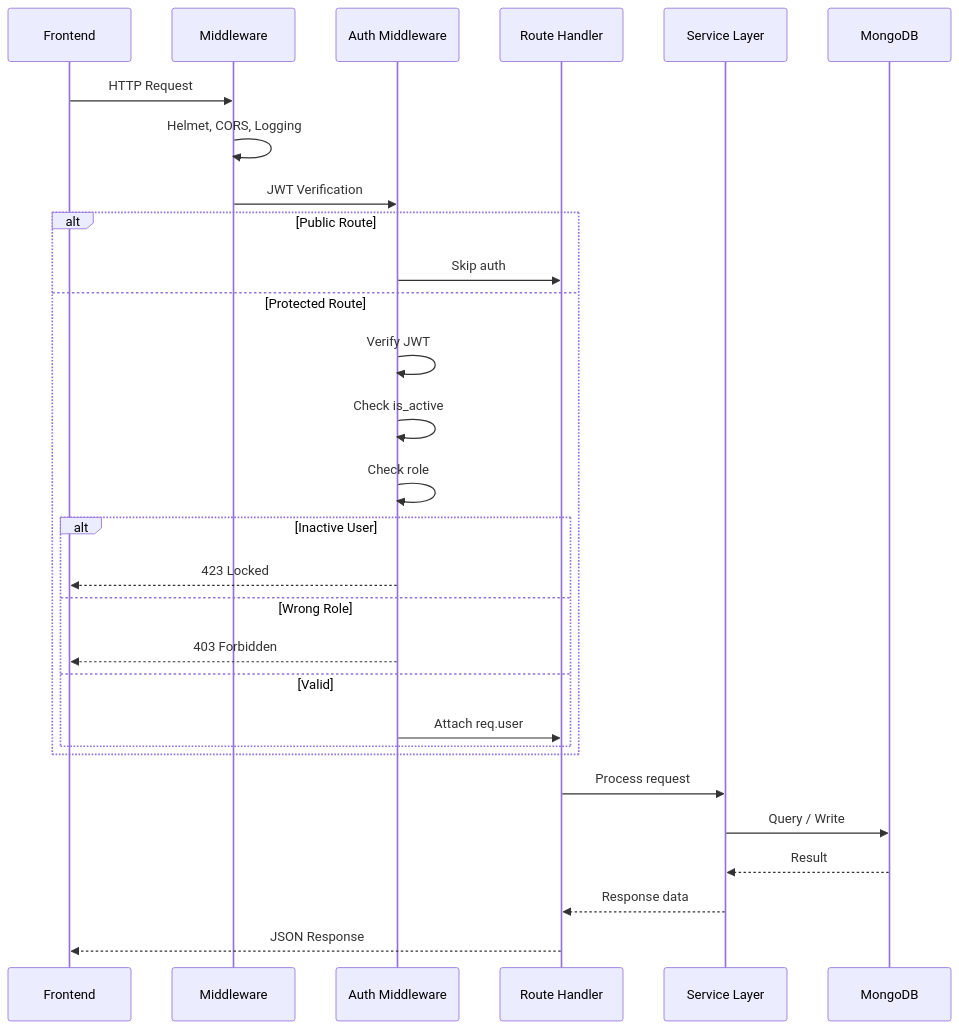
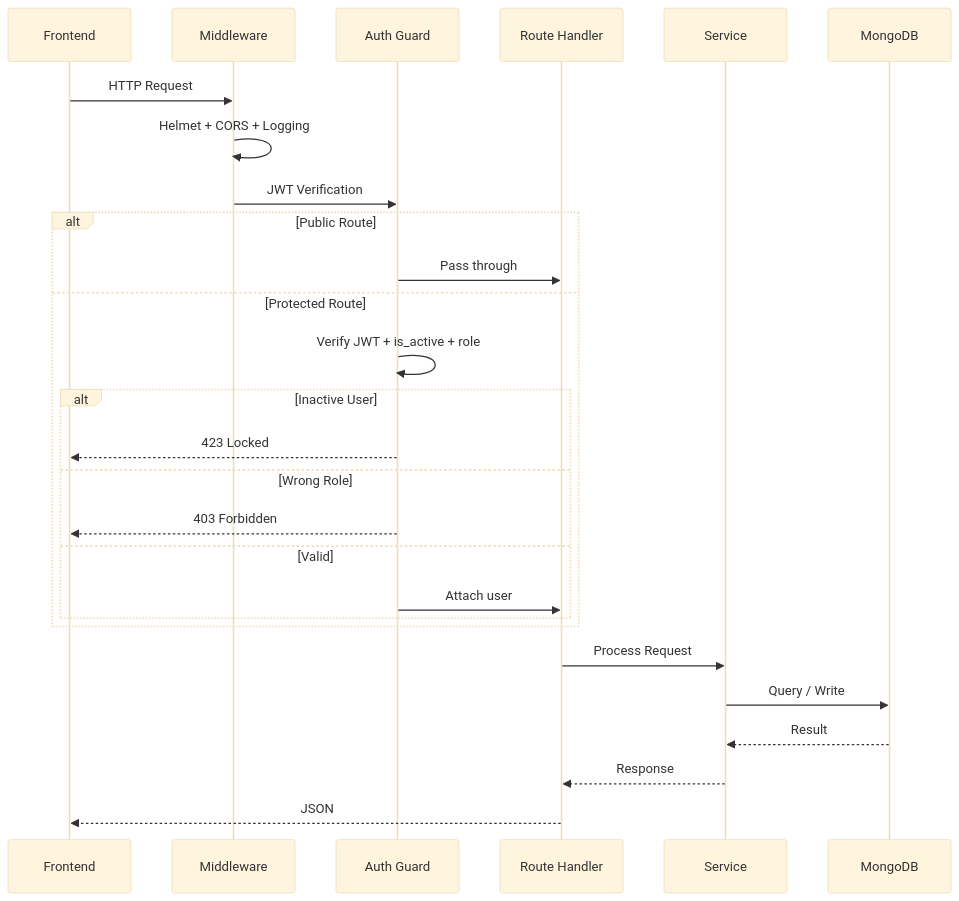
The second of 5 diagrams in README.md (edvolve07/Edvolve_backend), drawn with Mermaid before and after one commit. The commit also changed other lines of this file and 8 other files, not shown here.

````diff
--- a/README.md
+++ b/README.md
@@ -84,34 +66,33 @@
 ```mermaid
+%%{init: {'theme': 'base', 'themeVariables': {'fontSize': '28px'}}}%%
 sequenceDiagram
     participant Client as Frontend
     participant MW as Middleware
-    participant Auth as Auth Middleware
+    participant Auth as Auth Guard
     participant Route as Route Handler
-    participant Service as Service Layer
+    participant Svc as Service
     participant DB as MongoDB
 
     Client->>MW: HTTP Request
-    MW->>MW: Helmet, CORS, Logging
+    MW->>MW: Helmet + CORS + Logging
     MW->>Auth: JWT Verification
 
     alt Public Route
-        Auth->>Route: Skip auth
+        Auth->>Route: Pass through
     else Protected Route
-        Auth->>Auth: Verify JWT
-        Auth->>Auth: Check is_active
-        Auth->>Auth: Check role
+        Auth->>Auth: Verify JWT + is_active + role
         alt Inactive User
             Auth-->>Client: 423 Locked
         else Wrong Role
             Auth-->>Client: 403 Forbidden
         else Valid
-            Auth->>Route: Attach req.user
+            Auth->>Route: Attach user
         end
     end
 
-    Route->>Service: Process request
-    Service->>DB: Query / Write
-    DB-->>Service: Result
-    Service-->>Route: Response data
-    Route-->>Client: JSON Response
+    Route->>Svc: Process Request
+    Svc->>DB: Query / Write
+    DB-->>Svc: Result
+    Svc-->>Route: Response
+    Route-->>Client: JSON
 ```
````
